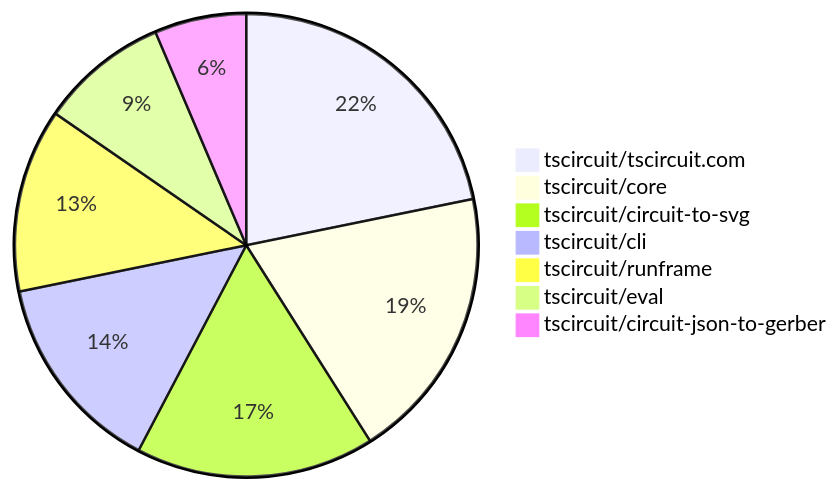
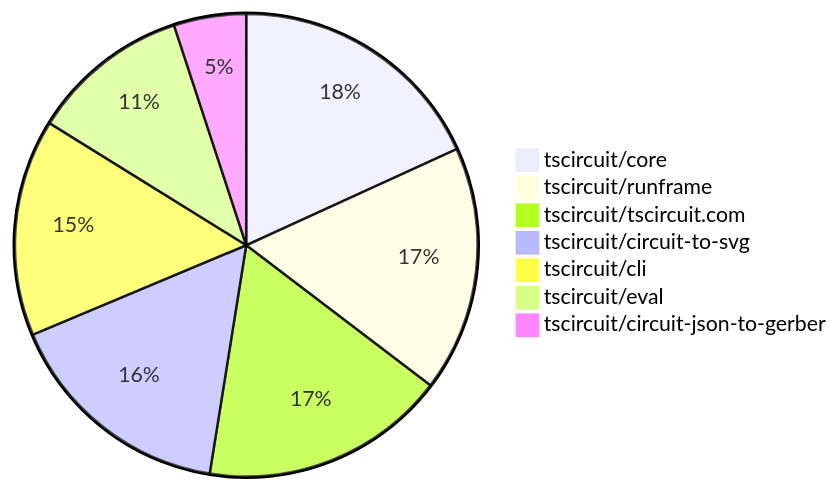
Before and after one commit to tscircuit/contribution-tracker: the second of 2 diagrams in README.md, drawn with Mermaid. The commit also changed other lines of this file and 3 other files, not shown here.

````diff
--- a/README.md
+++ b/README.md
@@ -107,10 +110,10 @@
 ```mermaid
 pie
+    "tscircuit/core" : 18
+    "tscircuit/runframe" : 17
     "tscircuit/tscircuit.com" : 17
-    "tscircuit/core" : 15
-    "tscircuit/circuit-to-svg" : 13
-    "tscircuit/cli" : 11
-    "tscircuit/runframe" : 10
-    "tscircuit/eval" : 7
+    "tscircuit/circuit-to-svg" : 16
+    "tscircuit/cli" : 15
+    "tscircuit/eval" : 11
     "tscircuit/circuit-json-to-gerber" : 5
 ```
````
